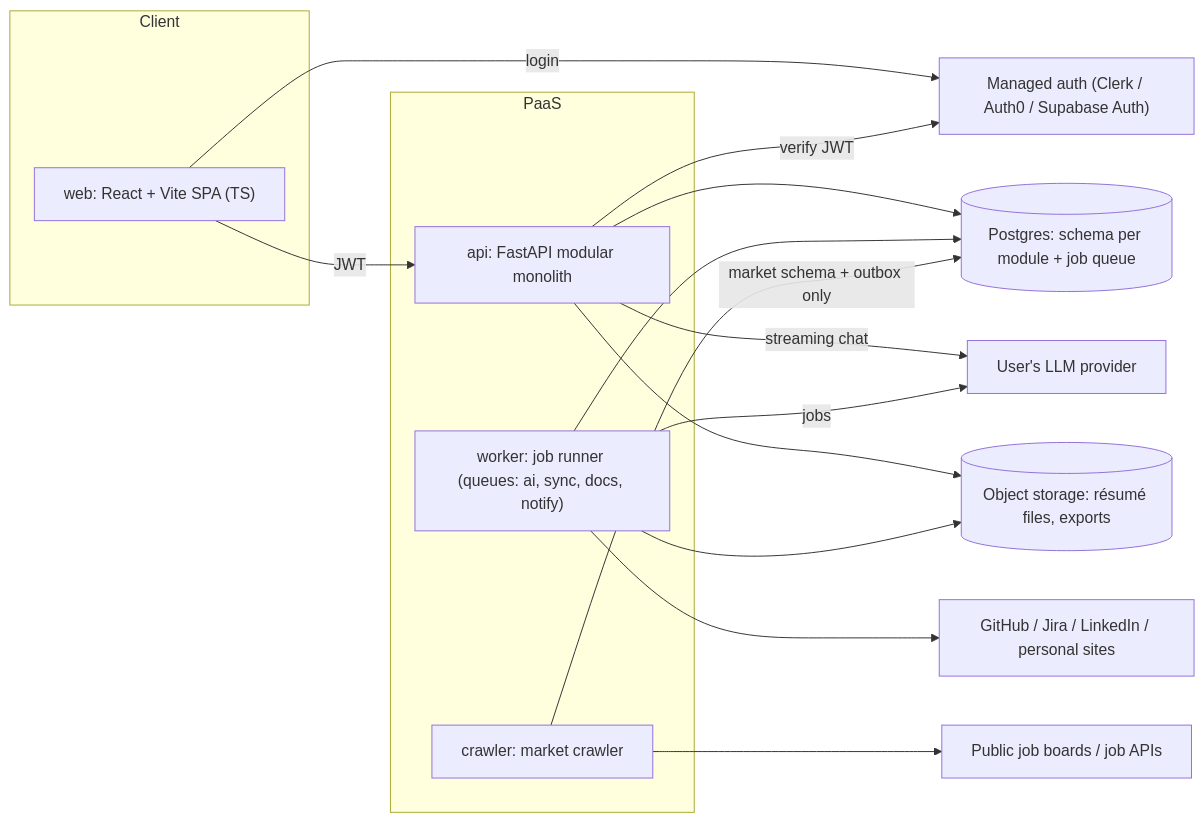
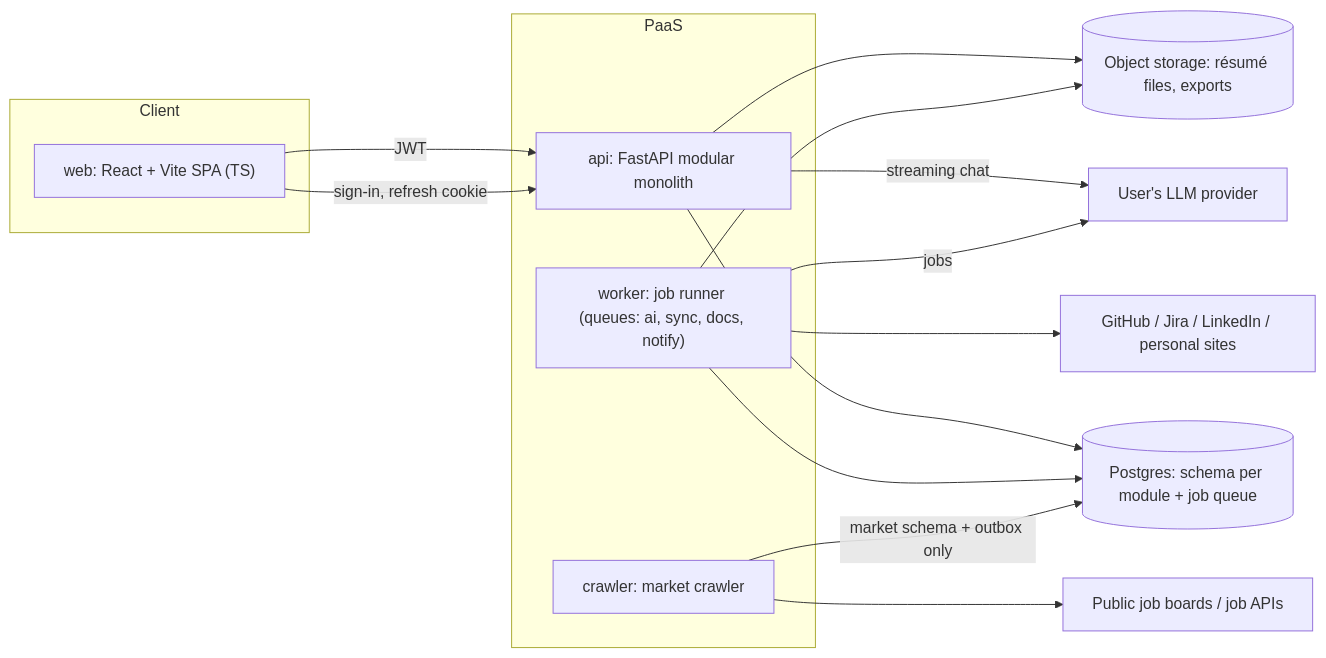
The first of 2 diagrams in docs/technical_boundaries.md (ycc789741ycc/job-searching-advisor), drawn with Mermaid before and after one commit. The commit also changed other lines of this file and 4 other files, not shown here.

````diff
--- a/docs/technical_boundaries.md
+++ b/docs/technical_boundaries.md
@@ -9,30 +9,28 @@
 ```mermaid
 flowchart LR
   subgraph Client
     SPA["web: React + Vite SPA (TS)"]
   end
-  Auth["Managed auth (Clerk / Auth0 / Supabase Auth)"]
   subgraph PaaS
     API["api: FastAPI modular monolith"]
     W["worker: job runner (queues: ai, sync, docs, notify)"]
     C["crawler: market crawler"]
   end
   DB[("Postgres: schema per module + job queue")]
   OBJ[("Object storage: résumé files, exports")]
   LLM["User's LLM provider"]
   WEB["Public job boards / job APIs"]
   SRC["GitHub / Jira / LinkedIn / personal sites"]
 
   SPA -- JWT --> API
-  SPA -- login --> Auth
-  API -- verify JWT --> Auth
+  SPA -- sign-in, refresh cookie --> API
   API --> DB
   W --> DB
   C -- market schema + outbox only --> DB
   API -- streaming chat --> LLM
   W -- jobs --> LLM
   W --> SRC
   C --> WEB
   API --> OBJ
   W --> OBJ
 ```
````
